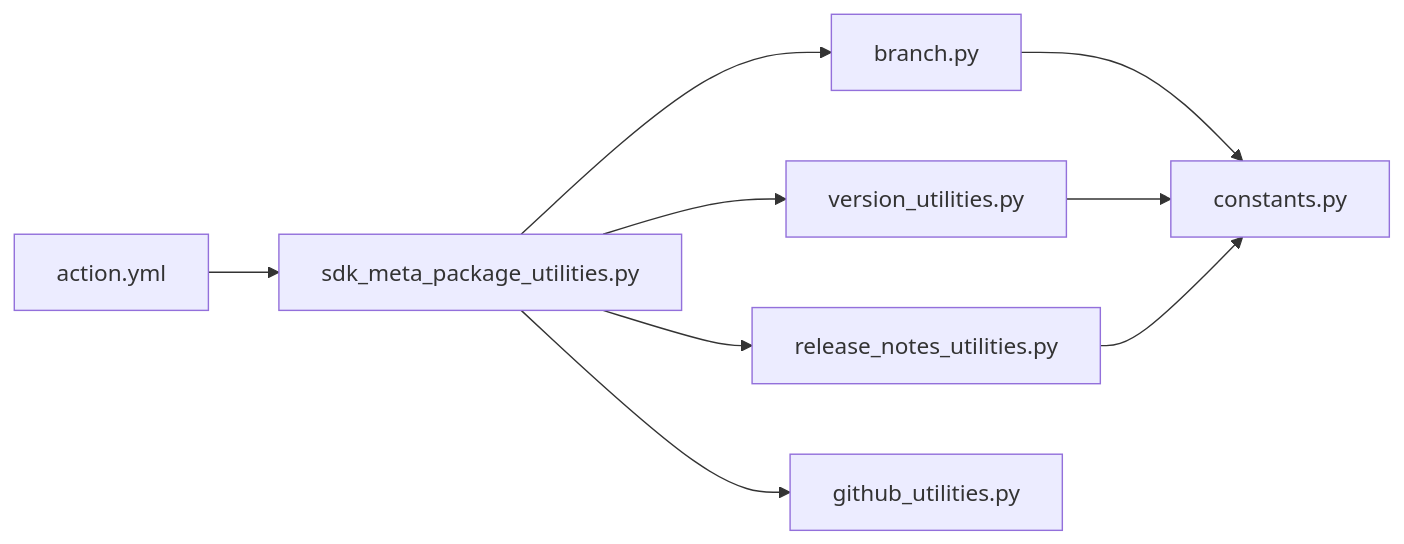
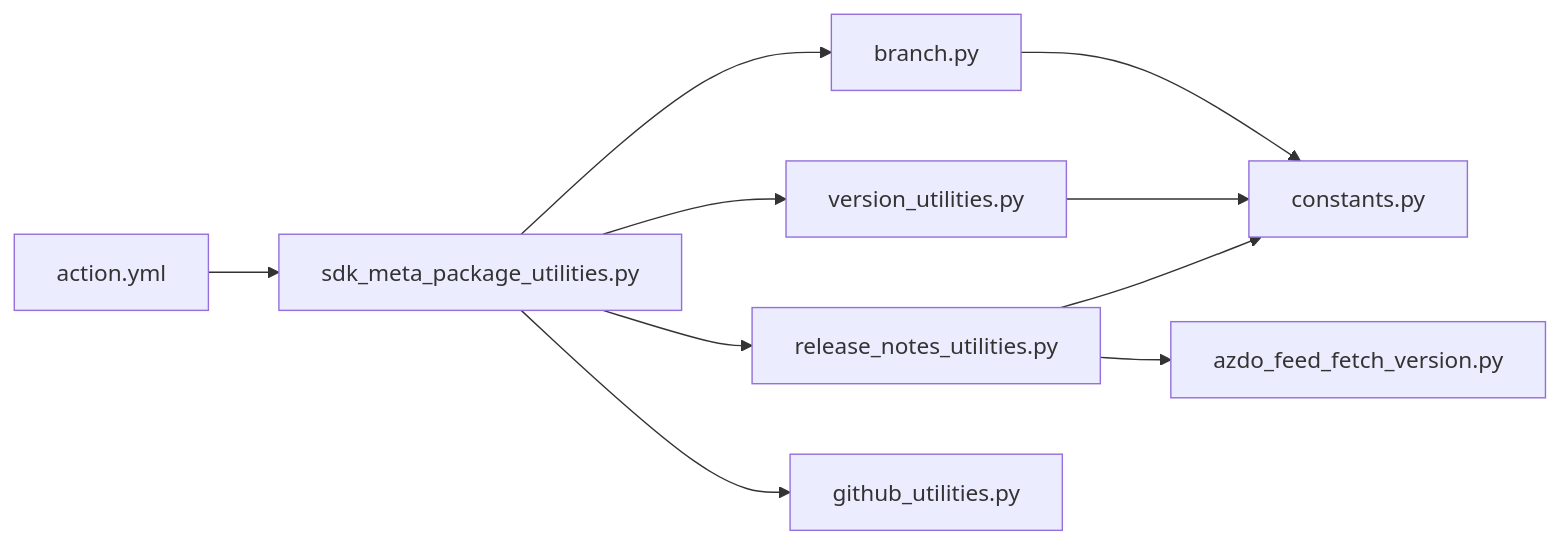
One commit to JJJ-NONAME/saf changed the first of 4 diagrams in .github/actions/sdk-meta-package/README.md. Above: the diagram before and after it, drawn with Mermaid. The commit also changed other lines of this file and 9 other files, not shown here.

````diff
--- a/.github/actions/sdk-meta-package/README.md
+++ b/.github/actions/sdk-meta-package/README.md
@@ -73,11 +82,12 @@
 ```mermaid
 flowchart LR
     A[action.yml] --> B[sdk_meta_package_utilities.py]
     B --> C[branch.py]
     B --> D[version_utilities.py]
     B --> E[release_notes_utilities.py]
     B --> F[github_utilities.py]
+    E --> H[azdo_feed_fetch_version.py]
     C --> G[constants.py]
     D --> G
     E --> G
 ```
````
